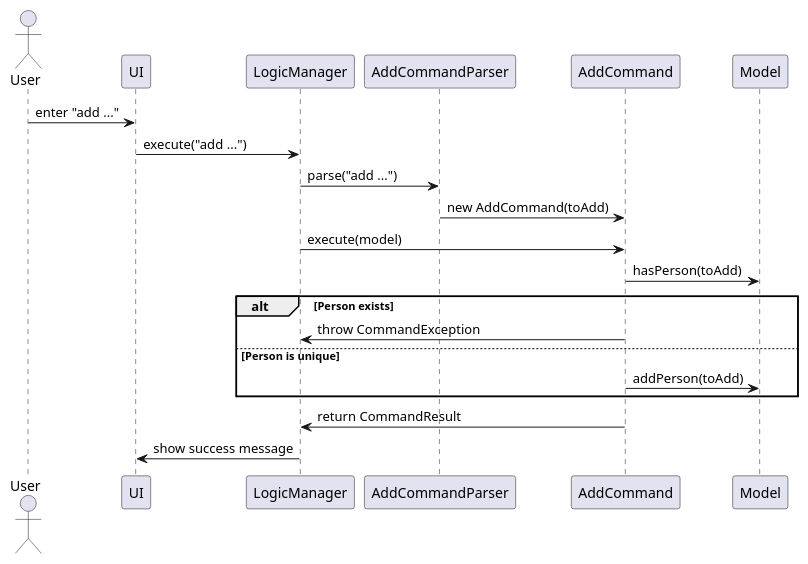
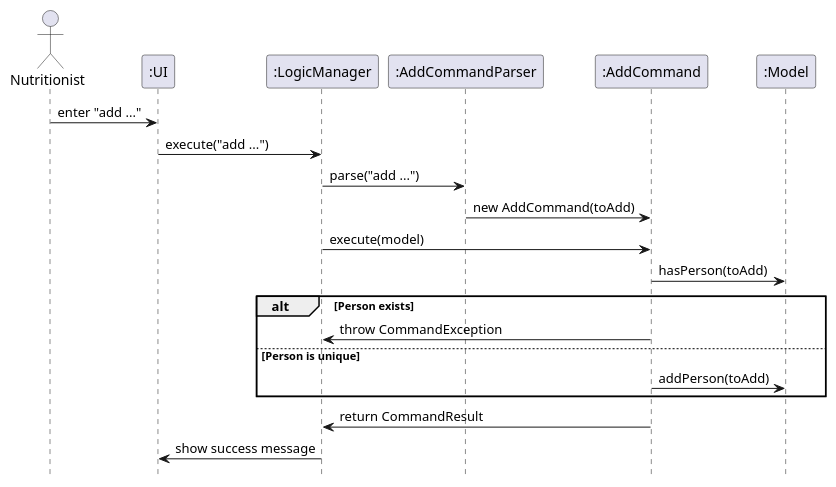
One commit to NoahKoh/tp changed the diagram in diagrams/AddCommandSequenceDiagram.puml. Above: the diagram before and after it, drawn with PlantUML. The commit also changed 32 other files, not shown here.

```diff
--- a/diagrams/AddCommandSequenceDiagram.puml
+++ b/diagrams/AddCommandSequenceDiagram.puml
@@ -1,22 +1,24 @@
 @startuml
-actor User
-participant UI
-participant LogicManager
-participant AddCommandParser
-participant AddCommand
-participant Model
+actor Nutritionist
+participant ":UI" as UI
+participant ":LogicManager" as LogicManager
+participant ":AddCommandParser" as AddCommandParser
+participant ":AddCommand" as AddCommand
+participant ":Model" as Model
 
-User -> UI : enter "add ..."
+Nutritionist -> UI : enter "add ..."
 UI -> LogicManager : execute("add ...")
 LogicManager -> AddCommandParser : parse("add ...")
 AddCommandParser -> AddCommand : new AddCommand(toAdd)
 LogicManager -> AddCommand : execute(model)
 AddCommand -> Model : hasPerson(toAdd)
 alt Person exists
     AddCommand -> LogicManager : throw CommandException
 else Person is unique
     AddCommand -> Model : addPerson(toAdd)
 end
 AddCommand -> LogicManager : return CommandResult
 LogicManager -> UI : show success message
+
+hide footbox
 @enduml
```
